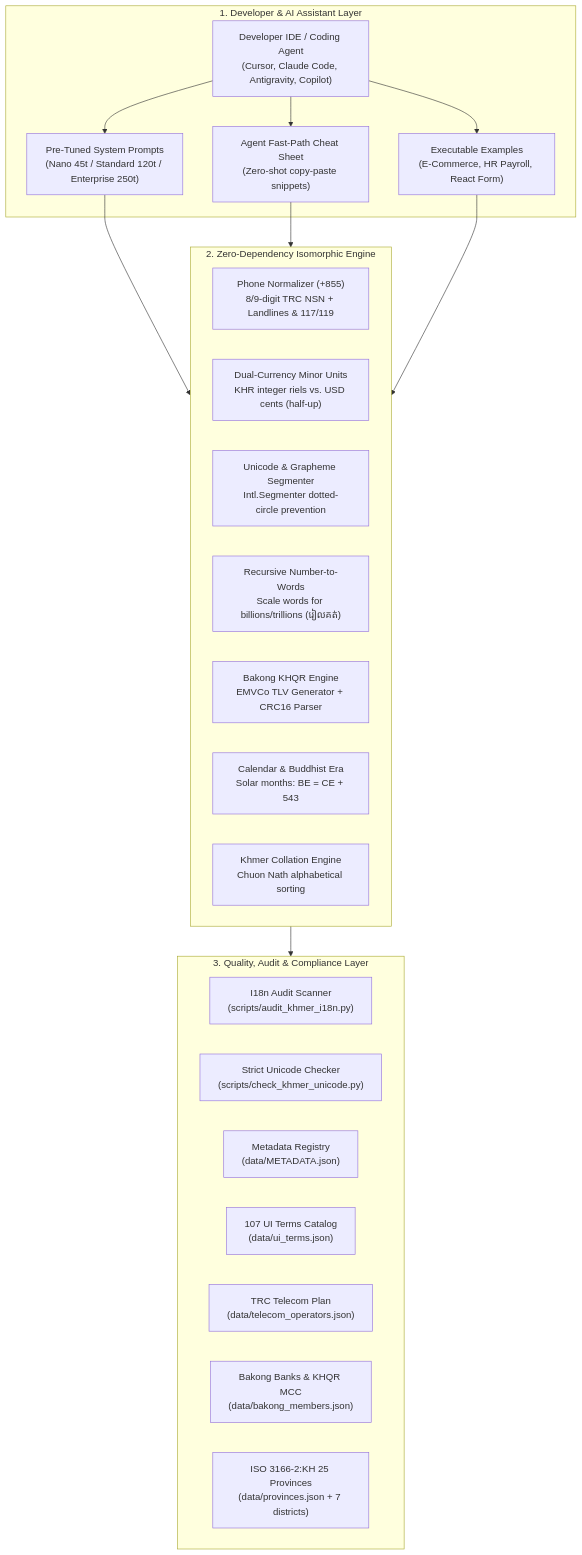
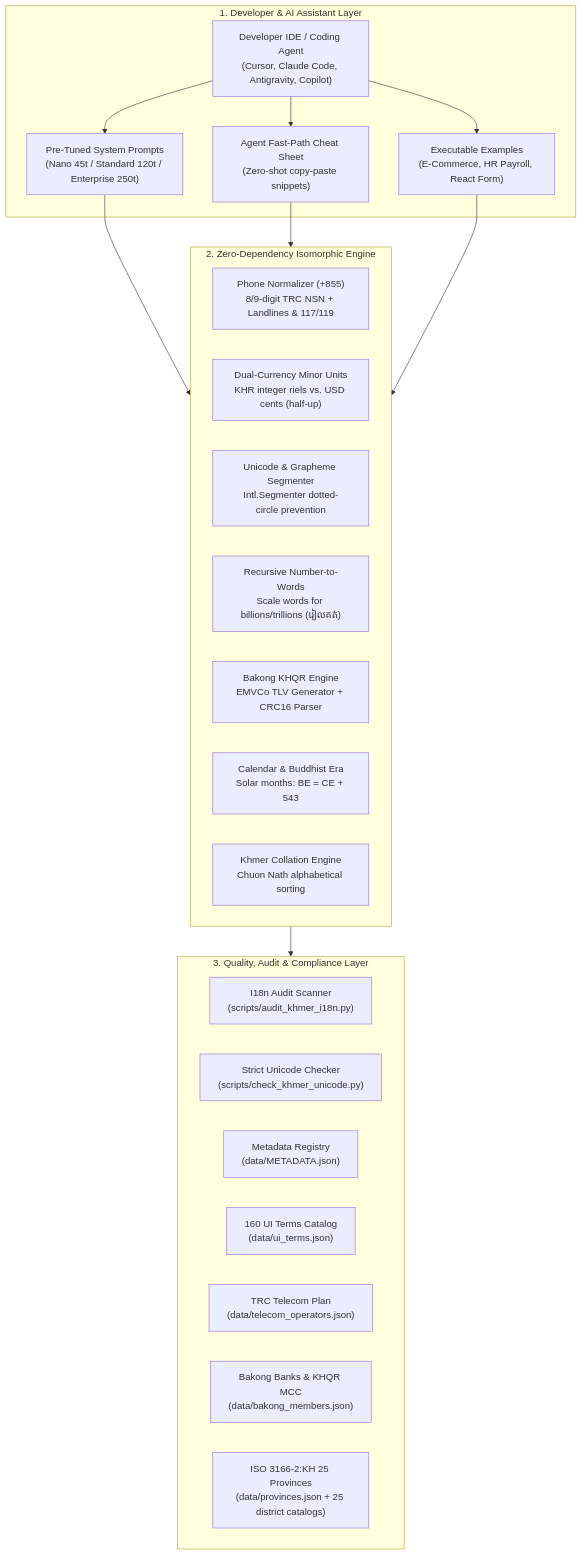
One commit to Chhunsour/khmer-localization changed the diagram in README.md. Above: the diagram before and after it, drawn with Mermaid. The commit also changed other lines of this file and 6 other files, not shown here.

````diff
--- a/README.md
+++ b/README.md
@@ -36,37 +36,37 @@
 ```mermaid
 flowchart TD
     subgraph Layer1["1. Developer & AI Assistant Layer"]
         IDE["Developer IDE / Coding Agent<br>(Cursor, Claude Code, Antigravity, Copilot)"]
         PROMPT["Pre-Tuned System Prompts<br>(Nano 45t / Standard 120t / Enterprise 250t)"]
         FASTPATH["Agent Fast-Path Cheat Sheet<br>(Zero-shot copy-paste snippets)"]
         EXAMPLES["Executable Examples<br>(E-Commerce, HR Payroll, React Form)"]
     end
 
     subgraph Layer2["2. Zero-Dependency Isomorphic Engine"]
         PHONE["Phone Normalizer (+855)<br>8/9-digit TRC NSN + Landlines & 117/119"]
         CURR["Dual-Currency Minor Units<br>KHR integer riels vs. USD cents (half-up)"]
         UNICODE["Unicode & Grapheme Segmenter<br>Intl.Segmenter dotted-circle prevention"]
         WORDS["Recursive Number-to-Words<br>Scale words for billions/trillions (រៀលគត់)"]
         KHQR["Bakong KHQR Engine<br>EMVCo TLV Generator + CRC16 Parser"]
         CALENDAR["Calendar & Buddhist Era<br>Solar months: BE = CE + 543"]
         COLLATION["Khmer Collation Engine<br>Chuon Nath alphabetical sorting"]
     end
 
     subgraph Layer3["3. Quality, Audit & Compliance Layer"]
         AUDIT["I18n Audit Scanner<br>(scripts/audit_khmer_i18n.py)"]
         UNICODE_CHECK["Strict Unicode Checker<br>(scripts/check_khmer_unicode.py)"]
         METADATA["Metadata Registry<br>(data/METADATA.json)"]
-        UI_TERMS["107 UI Terms Catalog<br>(data/ui_terms.json)"]
+        UI_TERMS["160 UI Terms Catalog<br>(data/ui_terms.json)"]
         TRC_DATA["TRC Telecom Plan<br>(data/telecom_operators.json)"]
         NBC_DATA["Bakong Banks & KHQR MCC<br>(data/bakong_members.json)"]
-        ADMIN_DATA["ISO 3166-2:KH 25 Provinces<br>(data/provinces.json + 7 districts)"]
+        ADMIN_DATA["ISO 3166-2:KH 25 Provinces<br>(data/provinces.json + 25 district catalogs)"]
     end
 
     IDE --> PROMPT
     IDE --> FASTPATH
     IDE --> EXAMPLES
     PROMPT --> Layer2
     FASTPATH --> Layer2
     EXAMPLES --> Layer2
     Layer2 --> Layer3
 ```
````
